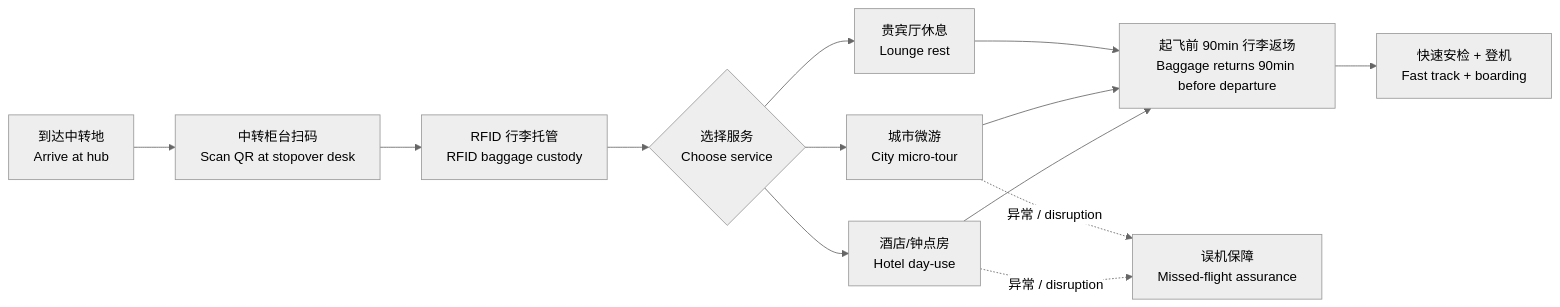
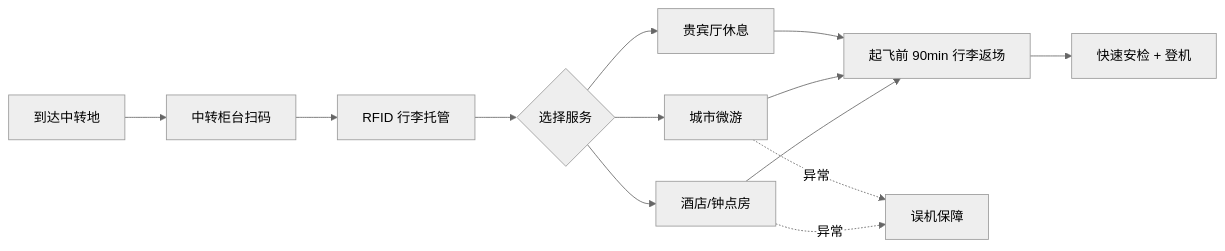
One commit to GPTAlgoPro/mystopover changed the first of 6 diagrams in README.md. Above: the diagram before and after it, drawn with Mermaid (neutral theme). The commit also changed other lines of this file and 2 other files, not shown here.

````diff
--- a/README.md
+++ b/README.md
@@ -82,15 +63,15 @@
 ```mermaid
 flowchart LR
-  A["到达中转地<br/>Arrive at hub"] --> B["中转柜台扫码<br/>Scan QR at stopover desk"]
-  B --> C["RFID 行李托管<br/>RFID baggage custody"]
-  C --> D{"选择服务<br/>Choose service"}
-  D --> E["贵宾厅休息<br/>Lounge rest"]
-  D --> F["城市微游<br/>City micro-tour"]
-  D --> G["酒店/钟点房<br/>Hotel day-use"]
-  E --> H["起飞前 90min 行李返场<br/>Baggage returns 90min before departure"]
+  A["到达中转地"] --> B["中转柜台扫码"]
+  B --> C["RFID 行李托管"]
+  C --> D{"选择服务"}
+  D --> E["贵宾厅休息"]
+  D --> F["城市微游"]
+  D --> G["酒店/钟点房"]
+  E --> H["起飞前 90min 行李返场"]
   F --> H
   G --> H
-  H --> I["快速安检 + 登机<br/>Fast track + boarding"]
-  F -.异常 / disruption.-> J["误机保障<br/>Missed-flight assurance"]
-  G -.异常 / disruption.-> J
+  H --> I["快速安检 + 登机"]
+  F -.异常.-> J["误机保障"]
+  G -.异常.-> J
 ```
````
